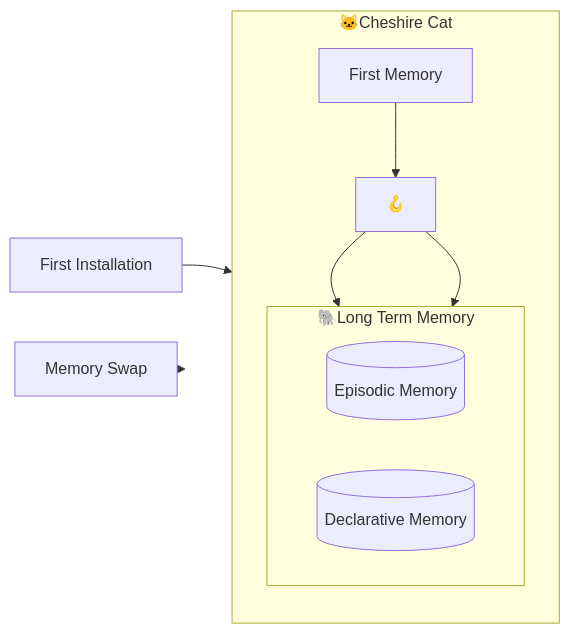
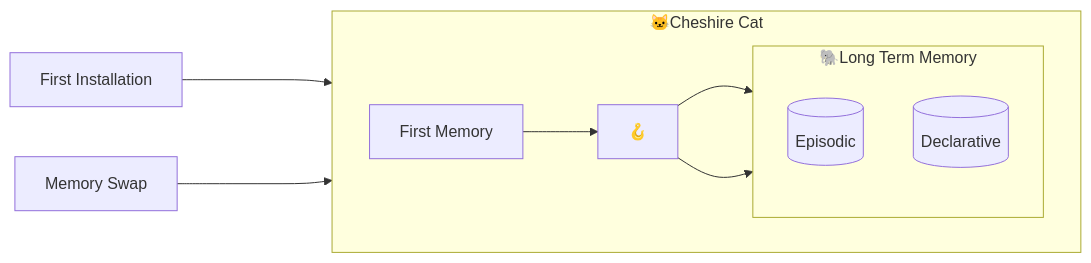
One commit to cheshire-cat-ai/core changed the diagram in mkdocs/conceptual/memory/vector_memory.md. Above: the diagram before and after it, drawn with Mermaid. The commit also changed other lines of this file and 13 other files, not shown here.

````diff
--- a/mkdocs/conceptual/memory/vector_memory.md
+++ b/mkdocs/conceptual/memory/vector_memory.md
@@ -21,16 +21,16 @@
 ```mermaid
 flowchart LR
     subgraph CAT ["🐱Cheshire Cat"]
-        direction TB
+        direction LR
         subgraph LTM ["🐘Long Term Memory"]
-            direction LR
+            direction TB
             C[(Episodic Memory)];
             D[(Declarative Memory)];
         end
         A["First Memory"] --> H["🪝"];
-        H["🪝"] --> C[(Episodic Memory)];
-        H["🪝"] --> D[(Declarative Memory)];
+        H["🪝"] --> C[(Episodic)];
+        H["🪝"] --> D[(Declarative )];
     end
-    E[First Installation] --> CAT;
-    F[Memory Swap] --> LTM;
+    E[First Installation] ----> CAT;
+    F[Memory Swap] ----> LTM;
 ```
````
